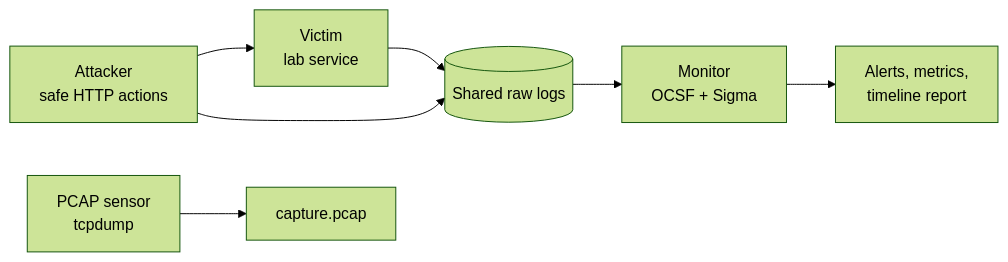
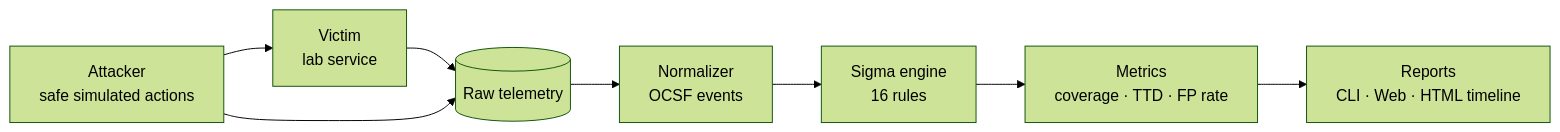
Before and after one commit to hassanazeem2/crucible: the diagram in README.md, drawn with Mermaid (forest theme). The commit also changed other lines of this file and 6 other files, not shown here.

````diff
--- a/README.md
+++ b/README.md
@@ -70,9 +97,10 @@
 ```mermaid
 flowchart LR
-    A["Attacker<br/>safe HTTP actions"] --> V["Victim<br/>lab service"]
-    V --> L[("Shared raw logs")]
+    A["Attacker<br/>safe simulated actions"] --> V["Victim<br/>lab service"]
+    V --> L[("Raw telemetry")]
     A --> L
-    P["PCAP sensor<br/>tcpdump"] --> C["capture.pcap"]
-    L --> M["Monitor<br/>OCSF + Sigma"]
-    M --> R["Alerts, metrics,<br/>timeline report"]
+    L --> N["Normalizer<br/>OCSF events"]
+    N --> S["Sigma engine<br/>16 rules"]
+    S --> M["Metrics<br/>coverage · TTD · FP rate"]
+    M --> R["Reports<br/>CLI · Web · HTML timeline"]
 ```
````
